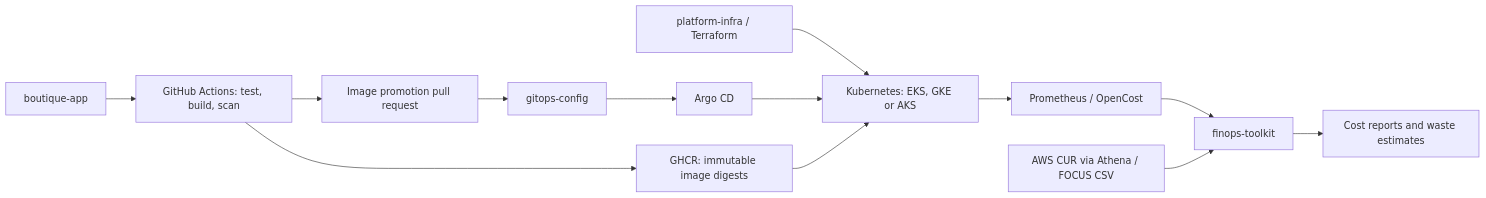
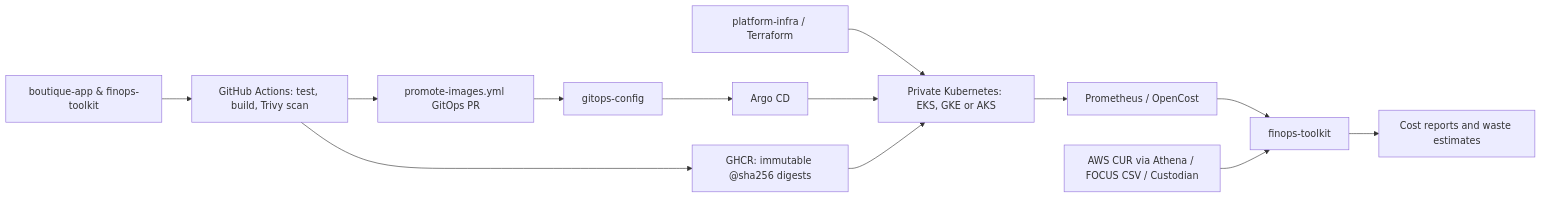
One commit to workwithcrow12-art/cost-aware-gitops-platform changed the diagram in README.md. Above: the diagram before and after it, drawn with Mermaid. The commit also changed other lines of this file and 18 other files, not shown here.

````diff
--- a/README.md
+++ b/README.md
@@ -28,15 +29,15 @@
 ```mermaid
 flowchart LR
-    App["boutique-app"] --> CI["GitHub Actions: test, build, scan"]
-    CI --> Registry["GHCR: immutable image digests"]
-    CI --> PR["Image promotion pull request"]
+    App["boutique-app & finops-toolkit"] --> CI["GitHub Actions: test, build, Trivy scan"]
+    CI --> Registry["GHCR: immutable @sha256 digests"]
+    CI --> PR["promote-images.yml GitOps PR"]
     PR --> Config["gitops-config"]
     Config --> Argo["Argo CD"]
-    Infra["platform-infra / Terraform"] --> Cluster["Kubernetes: EKS, GKE or AKS"]
+    Infra["platform-infra / Terraform"] --> Cluster["Private Kubernetes: EKS, GKE or AKS"]
     Argo --> Cluster
     Registry --> Cluster
     Cluster --> Metrics["Prometheus / OpenCost"]
     Metrics --> FinOps["finops-toolkit"]
-    Billing["AWS CUR via Athena / FOCUS CSV"] --> FinOps
+    Billing["AWS CUR via Athena / FOCUS CSV / Custodian"] --> FinOps
     FinOps --> Report["Cost reports and waste estimates"]
 ```
````
